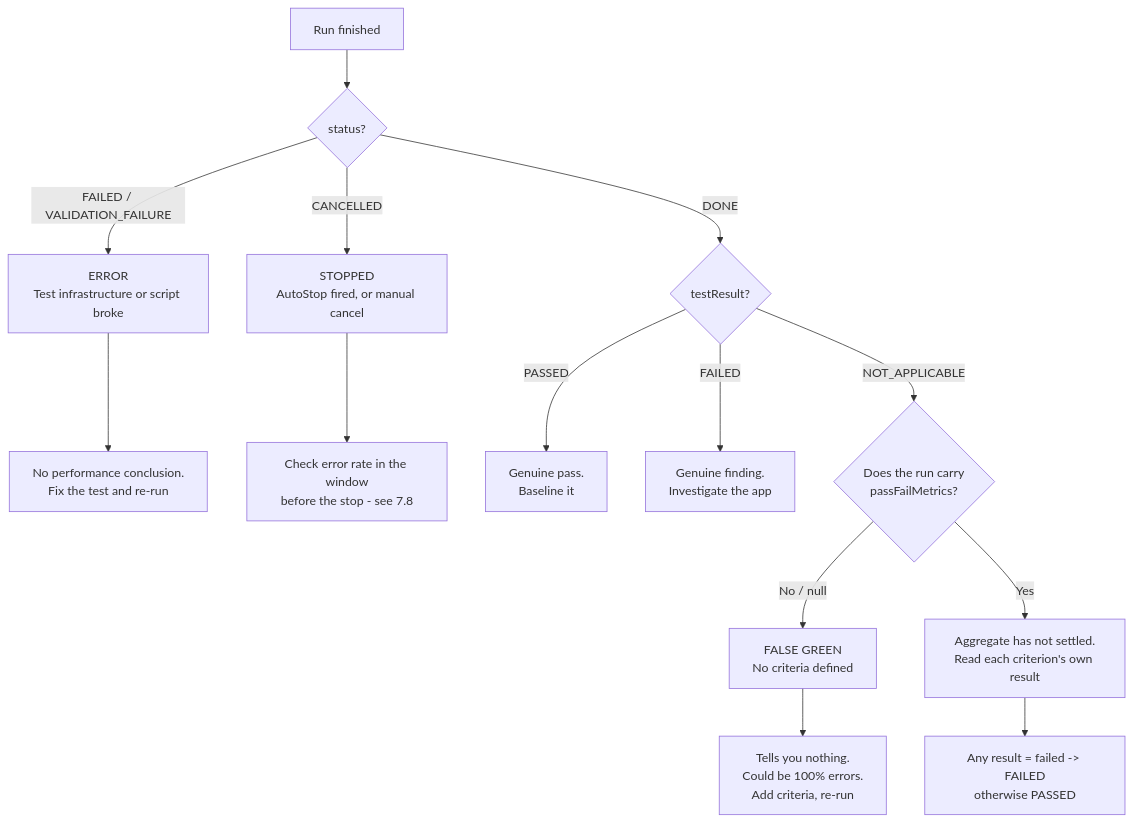
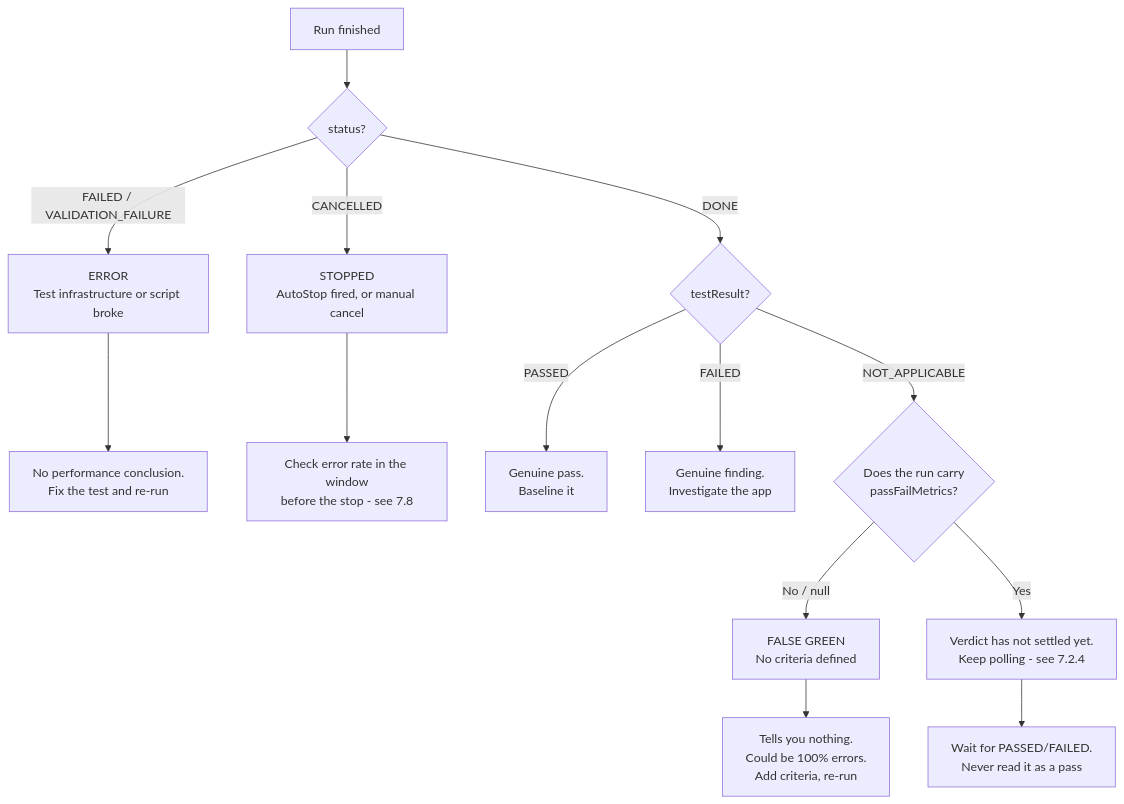
Before and after one commit to san360/contoso-bank-loadtest: the second of 2 diagrams in docs/07-analyzing-results-and-bottlenecks.md, drawn with Mermaid. The commit also changed other lines of this file and 14 other files, not shown here.

````diff
--- a/docs/07-analyzing-results-and-bottlenecks.md
+++ b/docs/07-analyzing-results-and-bottlenecks.md
@@ -59,16 +59,16 @@
 ```mermaid
 graph TD
     A["Run finished"] --> B{"status?"}
     B -->|"FAILED / VALIDATION_FAILURE"| C["ERROR<br/>Test infrastructure or script broke"]
     C --> C1["No performance conclusion.<br/>Fix the test and re-run"]
     B -->|"CANCELLED"| D["STOPPED<br/>AutoStop fired, or manual cancel"]
     D --> D1["Check error rate in the window<br/>before the stop - see 7.8"]
     B -->|"DONE"| E{"testResult?"}
     E -->|"PASSED"| F["Genuine pass.<br/>Baseline it"]
     E -->|"FAILED"| G["Genuine finding.<br/>Investigate the app"]
     E -->|"NOT_APPLICABLE"| N{"Does the run carry<br/>passFailMetrics?"}
     N -->|"No / null"| H["FALSE GREEN<br/>No criteria defined"]
-    N -->|"Yes"| I["Aggregate has not settled.<br/>Read each criterion's own result"]
+    N -->|"Yes"| I["Verdict has not settled yet.<br/>Keep polling - see 7.2.4"]
     H --> H1["Tells you nothing.<br/>Could be 100% errors.<br/>Add criteria, re-run"]
-    I --> I1["Any result = failed -> FAILED<br/>otherwise PASSED"]
+    I --> I1["Wait for PASSED/FAILED.<br/>Never read it as a pass"]
 ```
````
